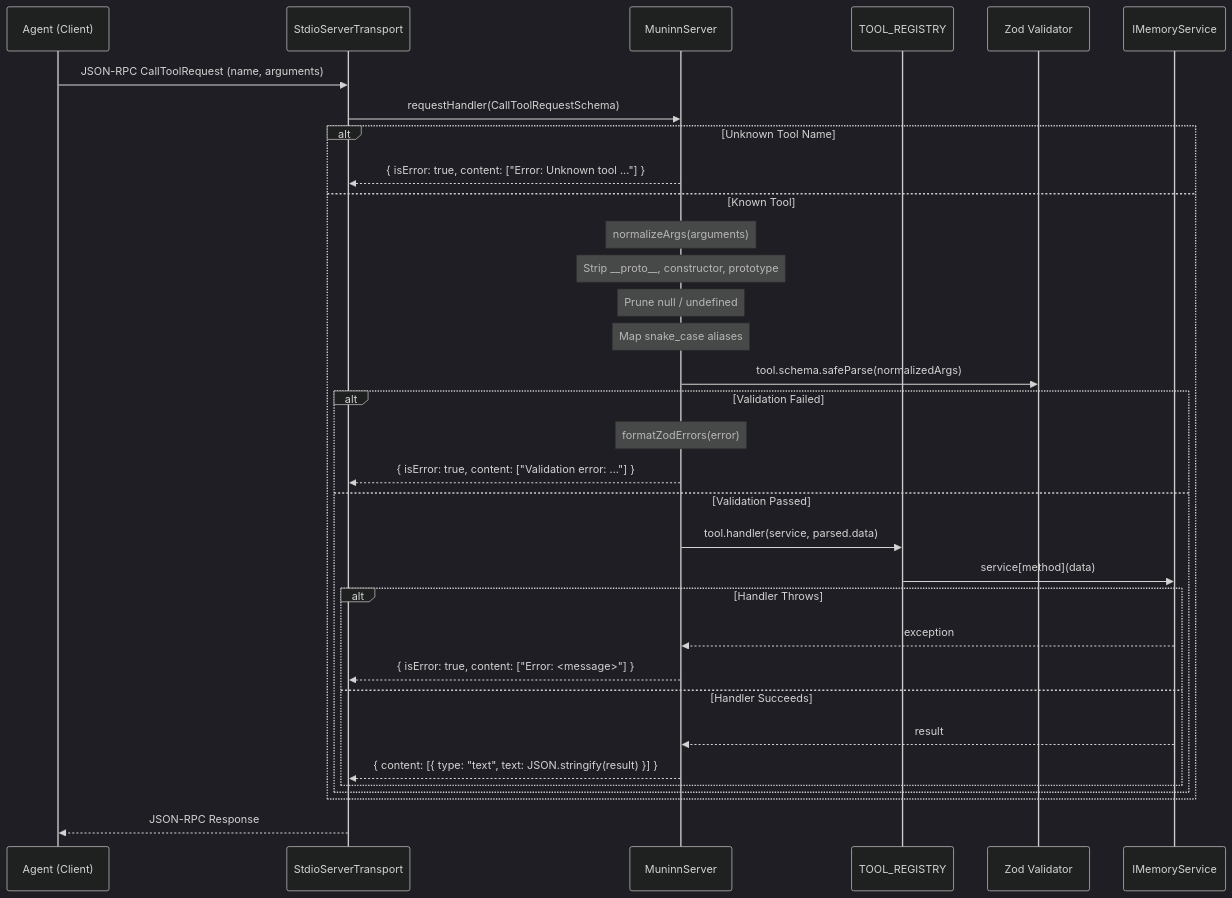
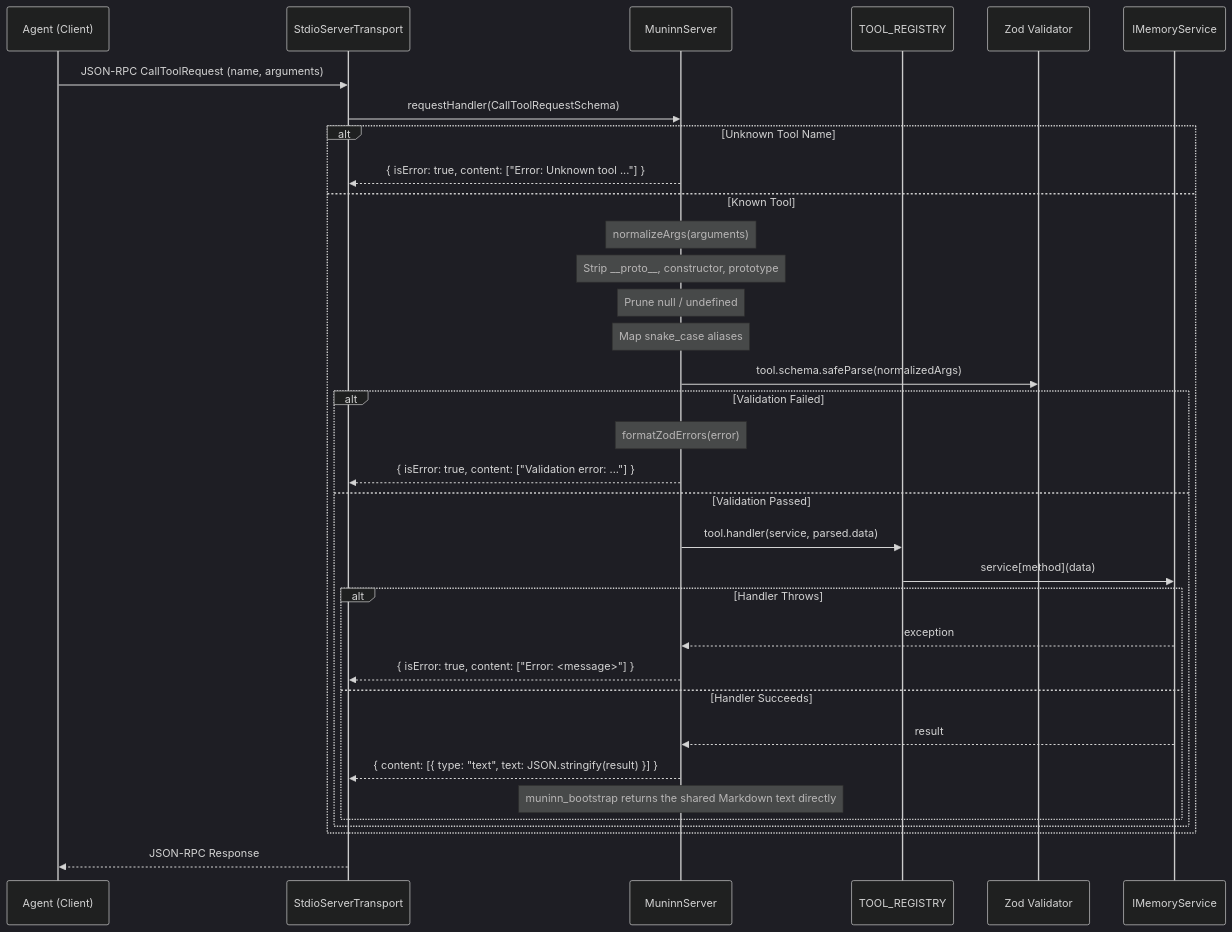
One commit to dahch/muninn changed the sixth of 10 diagrams in DESIGN.md. Above: the diagram before and after it, drawn with Mermaid (dark theme). The commit also changed other lines of this file and 12 other files, not shown here.

````diff
--- a/DESIGN.md
+++ b/DESIGN.md
@@ -402,36 +437,37 @@
 ```mermaid
 sequenceDiagram
     participant A as Agent (Client)
     participant T as StdioServerTransport
     participant S as MuninnServer
     participant R as TOOL_REGISTRY
     participant V as Zod Validator
     participant M as IMemoryService
 
     A->>T: JSON-RPC CallToolRequest (name, arguments)
     T->>S: requestHandler(CallToolRequestSchema)
     alt Unknown Tool Name
         S-->>T: { isError: true, content: ["Error: Unknown tool ..."] }
     else Known Tool
         Note over S: normalizeArgs(arguments)
         Note over S: Strip __proto__, constructor, prototype
         Note over S: Prune null / undefined
         Note over S: Map snake_case aliases
         S->>V: tool.schema.safeParse(normalizedArgs)
         alt Validation Failed
             Note over S: formatZodErrors(error)
             S-->>T: { isError: true, content: ["Validation error: ..."] }
         else Validation Passed
             S->>R: tool.handler(service, parsed.data)
             R->>M: service[method](data)
             alt Handler Throws
                 M-->>S: exception
                 S-->>T: { isError: true, content: ["Error: <message>"] }
             else Handler Succeeds
                 M-->>S: result
                 S-->>T: { content: [{ type: "text", text: JSON.stringify(result) }] }
+                Note over S: muninn_bootstrap returns the shared Markdown text directly
             end
         end
     end
     T-->>A: JSON-RPC Response
 ```
````
